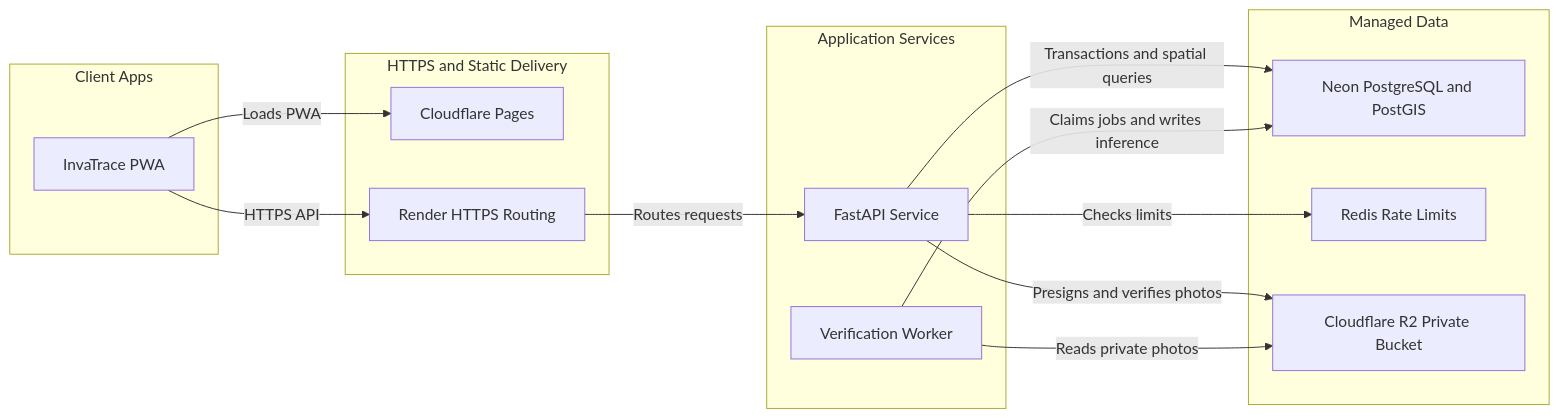
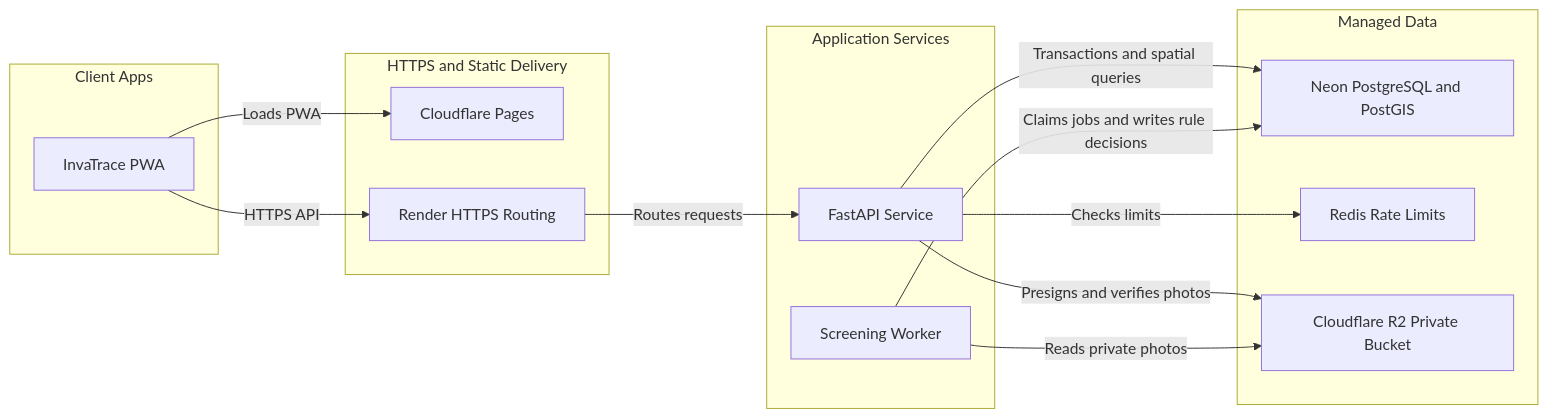
Before and after one commit to muhammadalishoukathali/invatracetest: the first of 5 diagrams in docs/backend-architecture.md, drawn with Mermaid. The commit also changed other lines of this file and 58 other files, not shown here.

````diff
--- a/docs/backend-architecture.md
+++ b/docs/backend-architecture.md
@@ -12,28 +12,28 @@
 ```mermaid
 flowchart LR
     subgraph client ["Client Apps"]
         browser["InvaTrace PWA"]
     end
     subgraph gateway ["HTTPS and Static Delivery"]
         pages["Cloudflare Pages"]
         renderRoute["Render HTTPS Routing"]
     end
     subgraph service ["Application Services"]
         api["FastAPI Service"]
-        worker["Verification Worker"]
+        worker["Screening Worker"]
     end
     subgraph datastore ["Managed Data"]
         postgres["Neon PostgreSQL and PostGIS"]
         redis["Redis Rate Limits"]
         r2["Cloudflare R2 Private Bucket"]
     end
 
     browser -->|"Loads PWA"| pages
     browser -->|"HTTPS API"| renderRoute
     renderRoute -->|"Routes requests"| api
     api -->|"Transactions and spatial queries"| postgres
     api -->|"Checks limits"| redis
     api -->|"Presigns and verifies photos"| r2
-    worker -->|"Claims jobs and writes inference"| postgres
+    worker -->|"Claims jobs and writes rule decisions"| postgres
     worker -->|"Reads private photos"| r2
 ```
````
